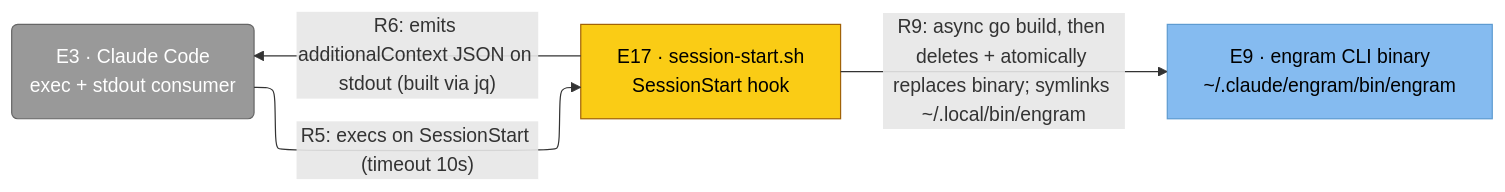
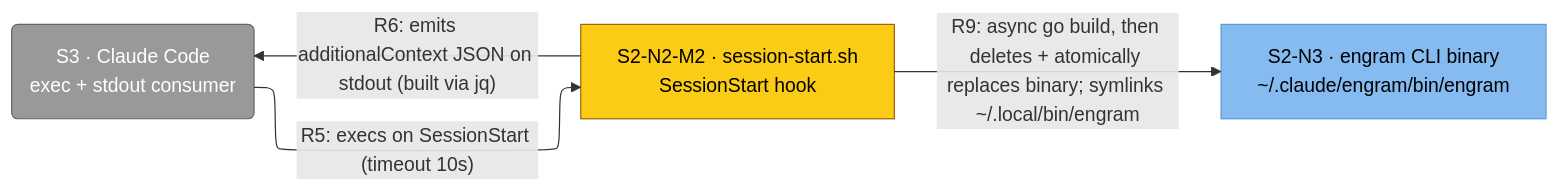
Before and after one commit to toejough/engram: the diagram in architecture/c4/svg/c4-session-start.mmd, drawn with Mermaid. The commit also changed 41 other files, not shown here.

```diff
--- a/architecture/c4/svg/c4-session-start.mmd
+++ b/architecture/c4/svg/c4-session-start.mmd
@@ -1,19 +1,19 @@
 %%{init: {'flowchart': {'defaultRenderer': 'elk'}}}%%
 flowchart LR
     classDef person      fill:#08427b,stroke:#052e56,color:#fff
     classDef external    fill:#999,   stroke:#666,   color:#fff
     classDef container   fill:#1168bd,stroke:#0b4884,color:#fff
     classDef component   fill:#85bbf0,stroke:#5d9bd1,color:#000
     classDef focus       fill:#facc15,stroke:#a16207,color:#000
 
-    e17["E17 · session-start.sh<br/>SessionStart hook"]
-    e3("E3 · Claude Code<br/>exec + stdout consumer")
-    e9["E9 · engram CLI binary<br/>~/.claude/engram/bin/engram"]
+    s2-n2-m2["S2-N2-M2 · session-start.sh<br/>SessionStart hook"]
+    s3("S3 · Claude Code<br/>exec + stdout consumer")
+    s2-n3["S2-N3 · engram CLI binary<br/>~/.claude/engram/bin/engram"]
 
-    e3 -->|"R5: execs on SessionStart (timeout 10s)"| e17
-    e17 -->|"R6: emits additionalContext JSON on stdout (built via jq)"| e3
-    e17 -->|"R9: async go build, then deletes + atomically replaces binary; symlinks ~/.local/bin/engram"| e9
+    s3 -->|"R5: execs on SessionStart (timeout 10s)"| s2-n2-m2
+    s2-n2-m2 -->|"R6: emits additionalContext JSON on stdout (built via jq)"| s3
+    s2-n2-m2 -->|"R9: async go build, then deletes + atomically replaces binary; symlinks ~/.local/bin/engram"| s2-n3
 
-    class e3 external
-    class e9 component
-    class e17 focus
+    class s3 external
+    class s2-n3 component
+    class s2-n2-m2 focus
```
